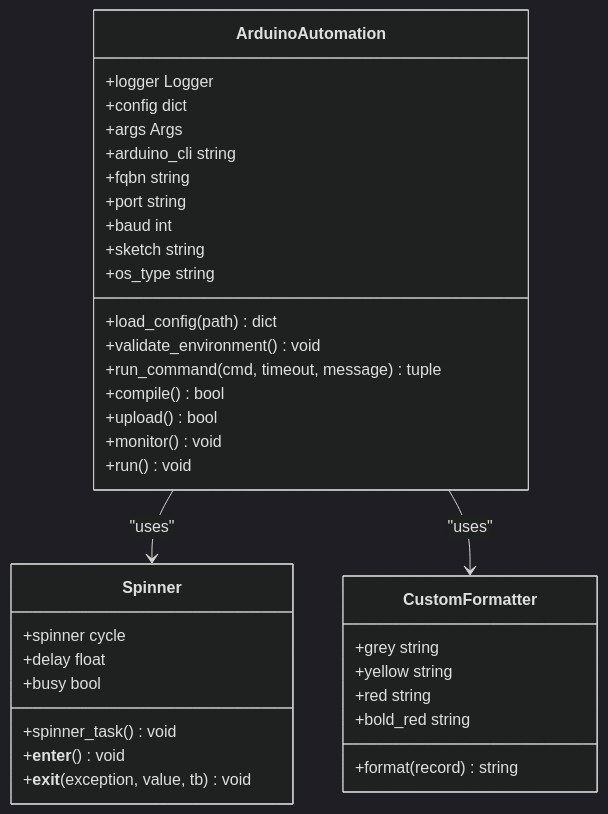
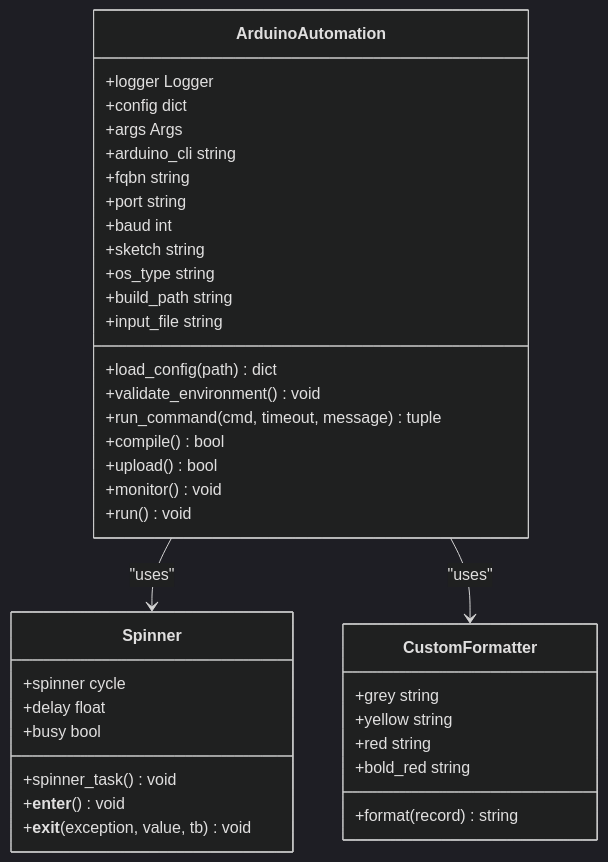
One commit to DonkeyDrift/Firmware changed the second of 16 diagrams in .qoder/repowiki/zh/content/开发工具与配置/Arduino CLI自动化.md. Above: the diagram before and after it, drawn with Mermaid (dark theme). The commit also changed other lines of this file and 9 other files, not shown here.

````diff
--- a/.qoder/repowiki/zh/content/开发工具与配置/Arduino CLI自动化.md
+++ b/.qoder/repowiki/zh/content/开发工具与配置/Arduino CLI自动化.md
@@ -80,38 +99,40 @@
 ```mermaid
 classDiagram
 class ArduinoAutomation {
 +logger Logger
 +config dict
 +args Args
 +arduino_cli string
 +fqbn string
 +port string
 +baud int
 +sketch string
 +os_type string
++build_path string
++input_file string
 +load_config(path) dict
 +validate_environment() void
 +run_command(cmd, timeout, message) tuple
 +compile() bool
 +upload() bool
 +monitor() void
 +run() void
 }
 class Spinner {
 +spinner cycle
 +delay float
 +busy bool
 +spinner_task() void
 +__enter__() void
 +__exit__(exception, value, tb) void
 }
 class CustomFormatter {
 +grey string
 +yellow string
 +red string
 +bold_red string
 +format(record) string
 }
 ArduinoAutomation --> Spinner : "uses"
 ArduinoAutomation --> CustomFormatter : "uses"
 ```
````
